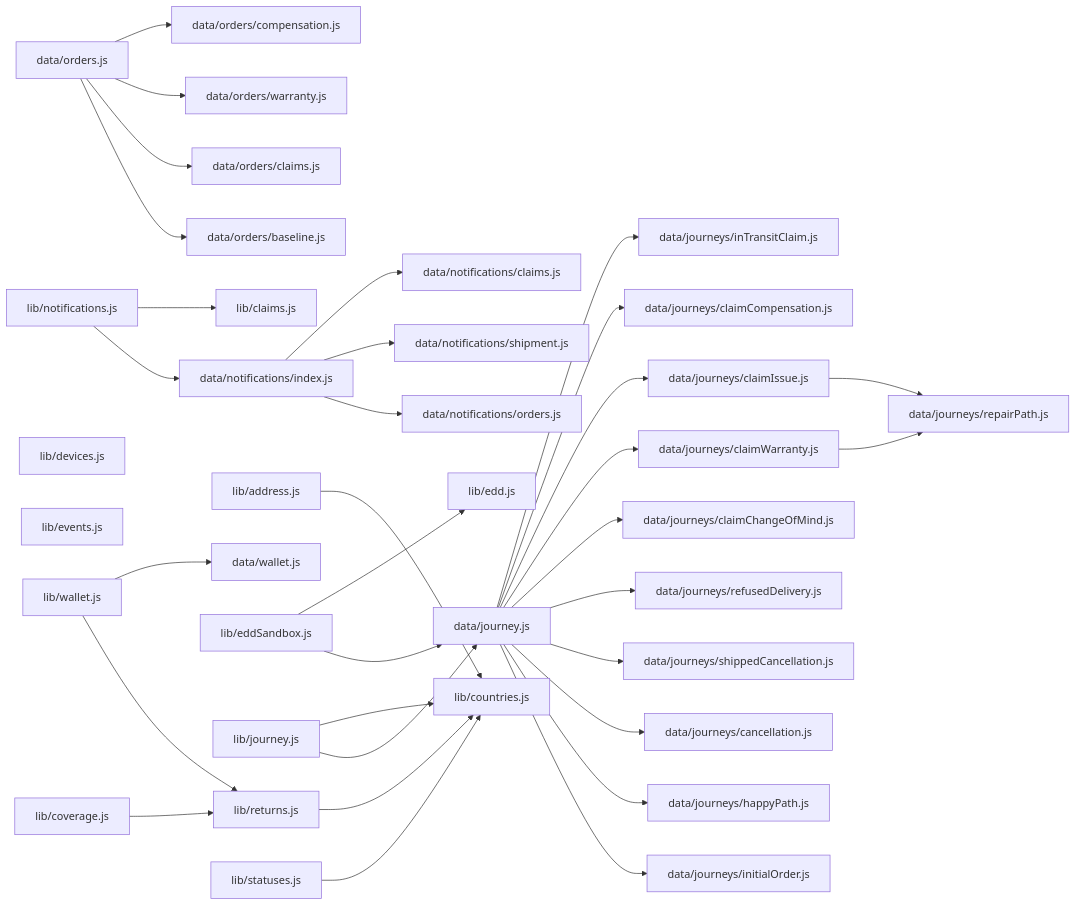
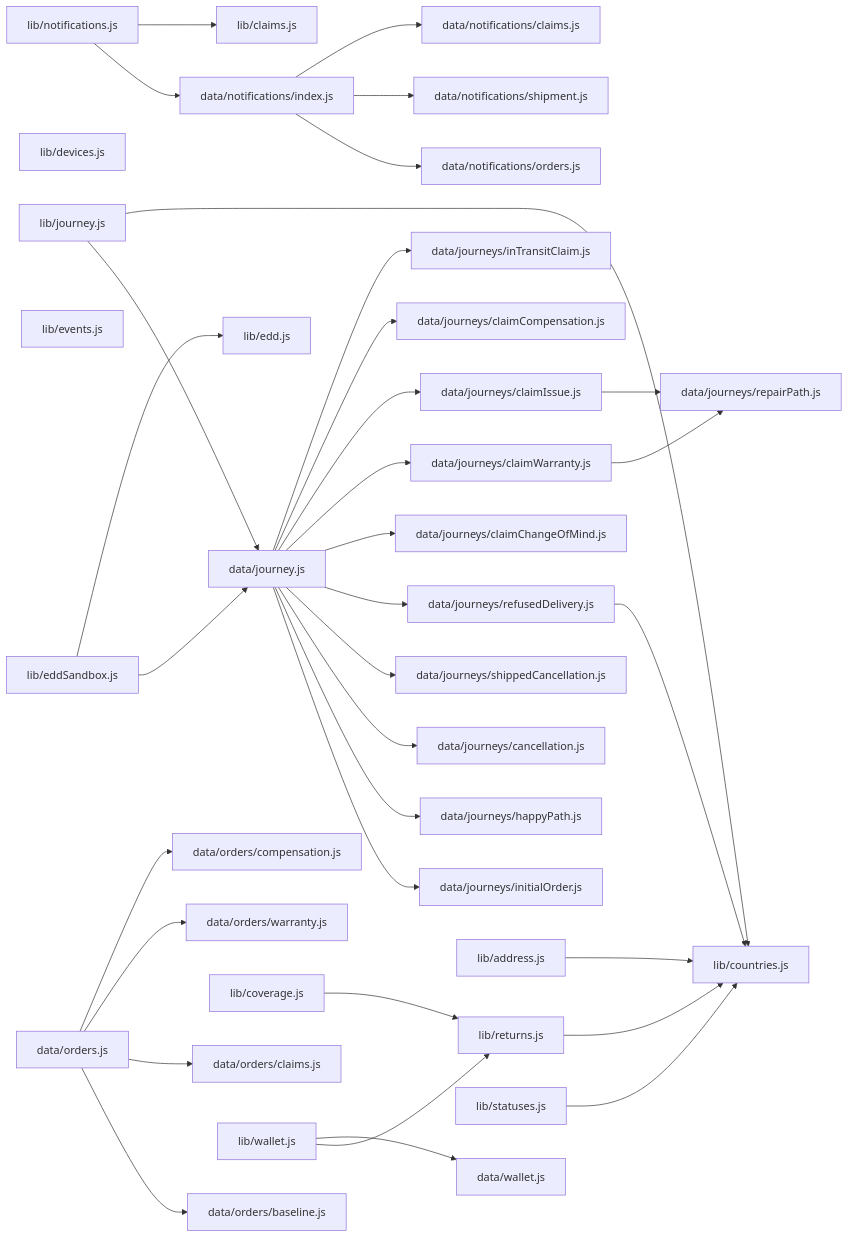
Before and after one commit to andrea-revibe/my-account-redesign-v2: the diagram in docs/code_map.md, drawn with Mermaid. The commit also changed other lines of this file and 14 other files, not shown here.

````diff
--- a/docs/code_map.md
+++ b/docs/code_map.md
@@ -249,69 +249,70 @@
 ```mermaid
 graph LR
   data_journey_js["data/journey.js"]
   data_journeys_cancellation_js["data/journeys/cancellation.js"]
   data_journeys_claimChangeOfMind_js["data/journeys/claimChangeOfMind.js"]
   data_journeys_claimCompensation_js["data/journeys/claimCompensation.js"]
   data_journeys_claimIssue_js["data/journeys/claimIssue.js"]
   data_journeys_claimWarranty_js["data/journeys/claimWarranty.js"]
   data_journeys_happyPath_js["data/journeys/happyPath.js"]
   data_journeys_inTransitClaim_js["data/journeys/inTransitClaim.js"]
   data_journeys_initialOrder_js["data/journeys/initialOrder.js"]
   data_journeys_refusedDelivery_js["data/journeys/refusedDelivery.js"]
   data_journeys_repairPath_js["data/journeys/repairPath.js"]
   data_journeys_shippedCancellation_js["data/journeys/shippedCancellation.js"]
   data_notifications_claims_js["data/notifications/claims.js"]
   data_notifications_index_js["data/notifications/index.js"]
   data_notifications_orders_js["data/notifications/orders.js"]
   data_notifications_shipment_js["data/notifications/shipment.js"]
   data_orders_js["data/orders.js"]
   data_orders_baseline_js["data/orders/baseline.js"]
   data_orders_claims_js["data/orders/claims.js"]
   data_orders_compensation_js["data/orders/compensation.js"]
   data_orders_warranty_js["data/orders/warranty.js"]
   data_wallet_js["data/wallet.js"]
   lib_address_js["lib/address.js"]
   lib_claims_js["lib/claims.js"]
   lib_countries_js["lib/countries.js"]
   lib_coverage_js["lib/coverage.js"]
   lib_devices_js["lib/devices.js"]
   lib_edd_js["lib/edd.js"]
   lib_eddSandbox_js["lib/eddSandbox.js"]
   lib_events_js["lib/events.js"]
   lib_journey_js["lib/journey.js"]
   lib_notifications_js["lib/notifications.js"]
   lib_returns_js["lib/returns.js"]
   lib_statuses_js["lib/statuses.js"]
   lib_wallet_js["lib/wallet.js"]
   data_journey_js --> data_journeys_initialOrder_js
   data_journey_js --> data_journeys_happyPath_js
   data_journey_js --> data_journeys_cancellation_js
   data_journey_js --> data_journeys_shippedCancellation_js
   data_journey_js --> data_journeys_refusedDelivery_js
   data_journey_js --> data_journeys_claimChangeOfMind_js
   data_journey_js --> data_journeys_claimWarranty_js
   data_journey_js --> data_journeys_claimIssue_js
   data_journey_js --> data_journeys_claimCompensation_js
   data_journey_js --> data_journeys_inTransitClaim_js
   data_journeys_claimIssue_js --> data_journeys_repairPath_js
   data_journeys_claimWarranty_js --> data_journeys_repairPath_js
+  data_journeys_refusedDelivery_js --> lib_countries_js
   data_notifications_index_js --> data_notifications_orders_js
   data_notifications_index_js --> data_notifications_shipment_js
   data_notifications_index_js --> data_notifications_claims_js
   data_orders_js --> data_orders_baseline_js
   data_orders_js --> data_orders_claims_js
   data_orders_js --> data_orders_warranty_js
   data_orders_js --> data_orders_compensation_js
   lib_address_js --> lib_countries_js
   lib_coverage_js --> lib_returns_js
   lib_eddSandbox_js --> data_journey_js
   lib_eddSandbox_js --> lib_edd_js
   lib_journey_js --> data_journey_js
   lib_journey_js --> lib_countries_js
   lib_notifications_js --> data_notifications_index_js
   lib_notifications_js --> lib_claims_js
   lib_returns_js --> lib_countries_js
   lib_statuses_js --> lib_countries_js
   lib_wallet_js --> lib_returns_js
   lib_wallet_js --> data_wallet_js
 ```
````
